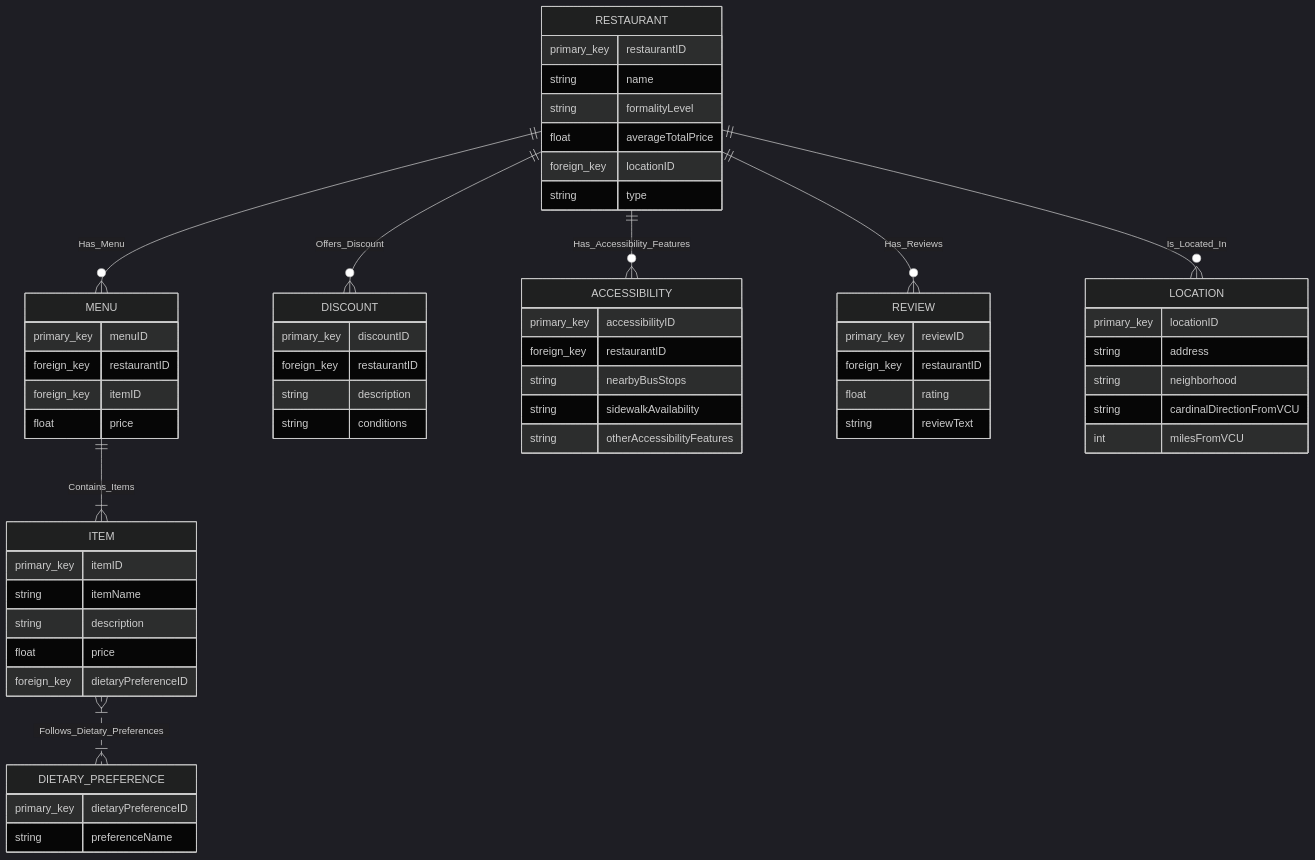
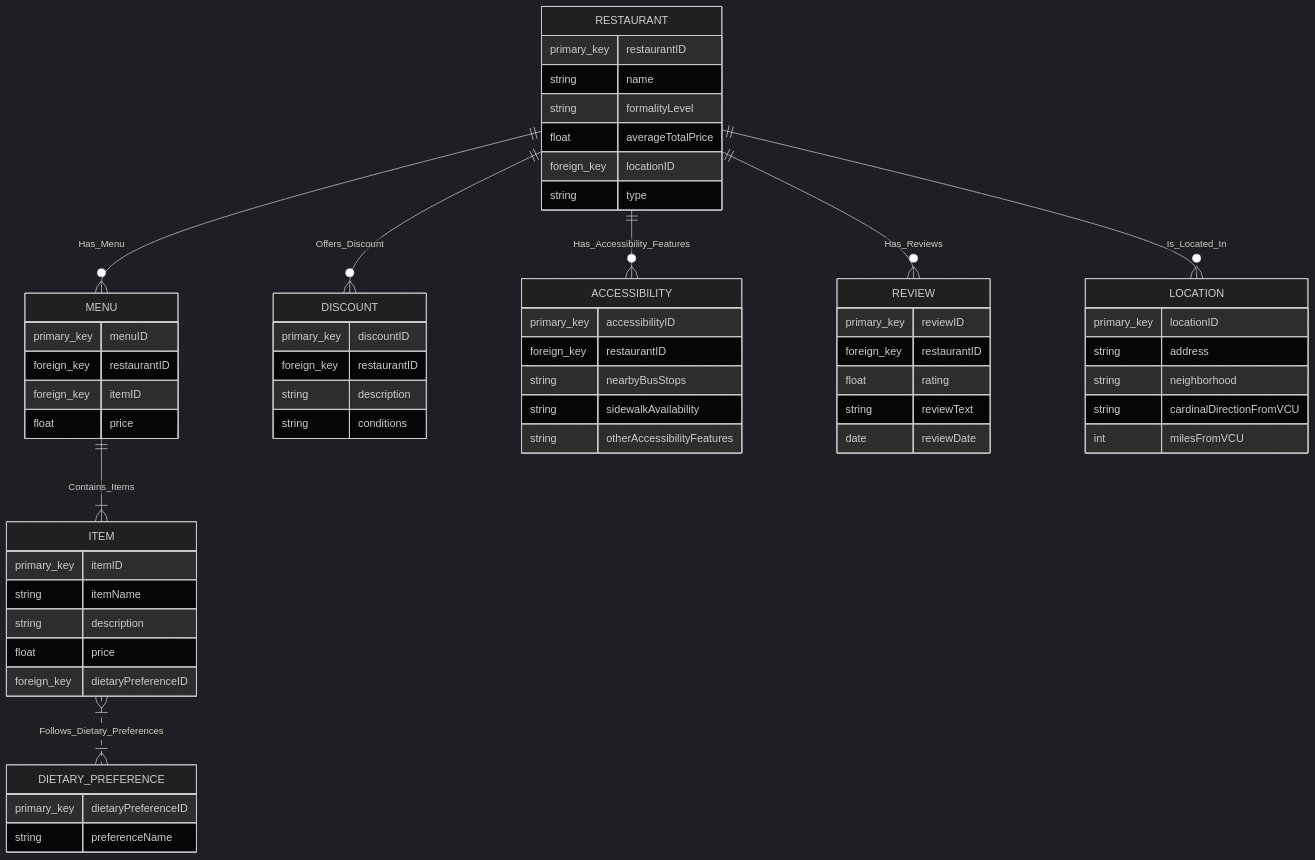
Before and after one commit to a-welk/VCU-restaurant-database: the first of 2 diagrams in reports/deliver4.qmd, drawn with Mermaid (dark theme). The commit also changed 1 other file, not shown here.

Commit message:
Made DML file and started writing code to insert data into the DB, started Picolla, Village Cafe, Kuba Kuba, and Dinamo

````diff
--- a/reports/deliver4.qmd
+++ b/reports/deliver4.qmd
@@ -100,73 +100,74 @@
 ```{mermaid}
 
 erDiagram
 
     RESTAURANT ||--o{ MENU : Has_Menu
     RESTAURANT ||--o{ DISCOUNT : Offers_Discount
     RESTAURANT ||--o{ ACCESSIBILITY : Has_Accessibility_Features
     RESTAURANT ||--o{ REVIEW : Has_Reviews
     RESTAURANT ||--o{ LOCATION : Is_Located_In
     MENU ||--|{ ITEM : Contains_Items
     ITEM }|..|{ DIETARY_PREFERENCE : Follows_Dietary_Preferences
 
     RESTAURANT {
         primary_key restaurantID
         string name 
         string formalityLevel
         float averageTotalPrice
         foreign_key locationID
         string type
     }
 
     LOCATION {
         primary_key locationID
         string address
         string neighborhood
         string cardinalDirectionFromVCU
         int milesFromVCU
     }
 
     MENU {
         primary_key menuID
         foreign_key restaurantID
         foreign_key itemID
         float price
     }
 
     ITEM {
         primary_key itemID
         string itemName
         string description
         float price
         foreign_key dietaryPreferenceID
     }
 
     DISCOUNT {
         primary_key discountID
         foreign_key restaurantID
         string description
         string conditions
     }
 
     ACCESSIBILITY {
         primary_key accessibilityID
         foreign_key restaurantID
         string nearbyBusStops
         string sidewalkAvailability
         string otherAccessibilityFeatures
     }
 
     REVIEW {
         primary_key reviewID
         foreign_key restaurantID
         float rating
         string reviewText
+        date reviewDate
     }
 
     DIETARY_PREFERENCE {
         primary_key dietaryPreferenceID
         string preferenceName
     }
 
     
 ``` 
````
